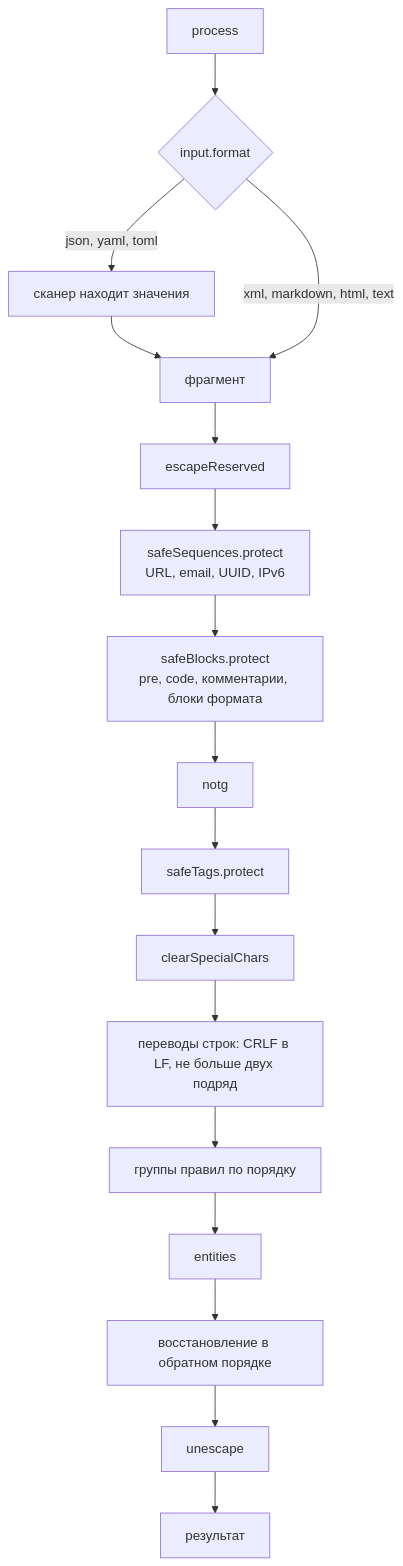
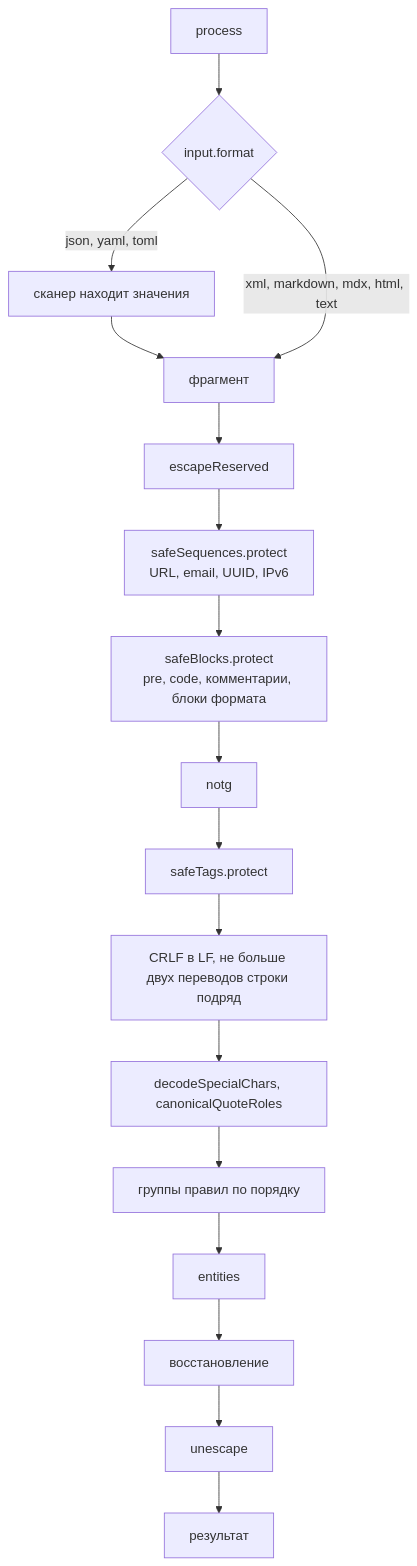
Before and after one commit to meritt/microtypo: the diagram in docs/architecture.md, drawn with Mermaid. The commit also changed other lines of this file and 212 other files, not shown here.

````diff
--- a/docs/architecture.md
+++ b/docs/architecture.md
@@ -29,12 +37,13 @@
 ```mermaid
 flowchart TD
   in[process] --> fmt{input.format}
   fmt -->|json, yaml, toml| spans[сканер находит значения] --> frag
-  fmt -->|xml, markdown, html, text| frag[фрагмент]
+  fmt -->|xml, markdown, mdx, html, text| frag[фрагмент]
   frag --> esc[escapeReserved] --> seq[safeSequences.protect<br>URL, email, UUID, IPv6]
   seq --> blk[safeBlocks.protect<br>pre, code, комментарии, блоки формата]
-  blk --> notg[notg] --> tags[safeTags.protect] --> clr[clearSpecialChars]
-  clr --> nl[переводы строк: CRLF в LF, не больше двух подряд]
-  nl --> groups[группы правил по порядку]
-  groups --> ent[entities] --> rest[восстановление в обратном порядке] --> unesc[unescape] --> out[результат]
+  blk --> notg[notg] --> tags[safeTags.protect]
+  tags --> nl[CRLF в LF, не больше двух переводов строки подряд]
+  nl --> dec[decodeSpecialChars, canonicalQuoteRoles]
+  dec --> groups[группы правил по порядку]
+  groups --> ent[entities] --> rest[восстановление] --> unesc[unescape] --> out[результат]
 ```
````
